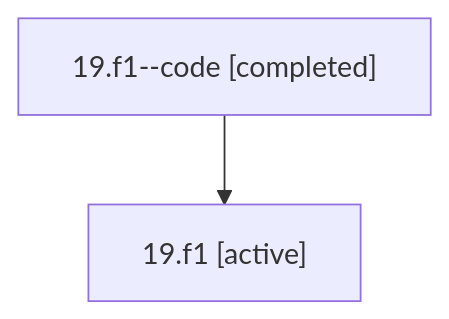
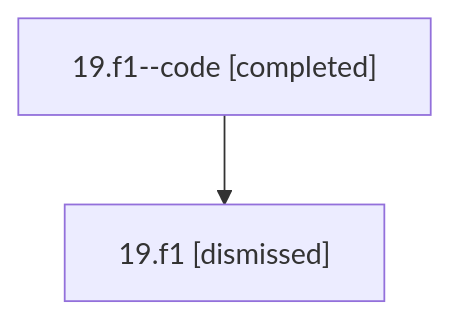
Before and after one commit to bobs-org/bob-cli--agents: the diagram in sessions/bbugyi200.athena.19.f1.md, drawn with Mermaid. The commit also changed other lines of this file and 18 other files, not shown here.

````diff
--- a/sessions/bbugyi200.athena.19.f1.md
+++ b/sessions/bbugyi200.athena.19.f1.md
@@ -9,6 +9,6 @@
 ```mermaid
 flowchart TD
   n0["19.f1--code [completed]"]
-  n1["19.f1 [active]"]
+  n1["19.f1 [dismissed]"]
   n0 --> n1
 ```
````
